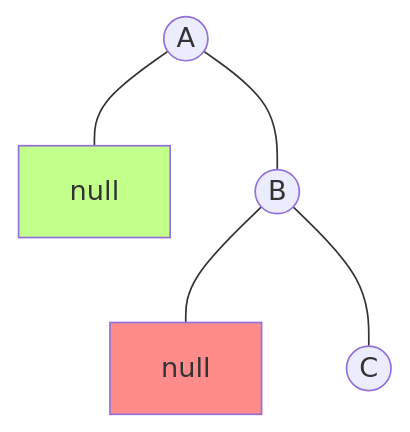
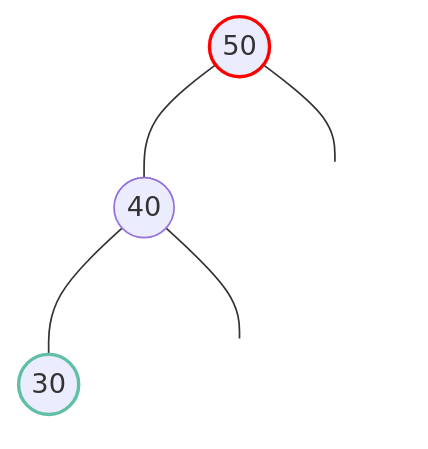
Before and after one commit to chupai/website-hugo: the seventh of 14 diagrams in content/posts/2007/ds_avl-tree.md, drawn with Mermaid. The commit also changed other lines of this file and 49 other files, not shown here.

````diff
--- a/content/posts/2007/ds_avl-tree.md
+++ b/content/posts/2007/ds_avl-tree.md
@@ -104,10 +209,14 @@
 ```mermaid
 graph TB;
-  A((A)) --- n1[null] & B((B));
-  B((B)) --- n2[null] & C((C));
-  classDef n1 fill:#c2ff8b;
-  classDef n2 fill:#ff8b8b;
-  classDef n3 fill:#fff68b;
-  n1:::n1;
-  n2:::n2;
+  A((50)) --- B((40));
+  A((50)) --- n1[null];
+  B((40)) --- C((30));
+  B((40)) --- n2[null];
+
+  class A red;
+  class C green;
+  class n1,n2 transparent;
+  classDef red stroke:red,stroke-width:2px;
+  classDef green stroke:#61bfa6,stroke-width:2px;
+  classDef transparent fill:transparent,color:transparent,stroke:transparent;
 ```
````
